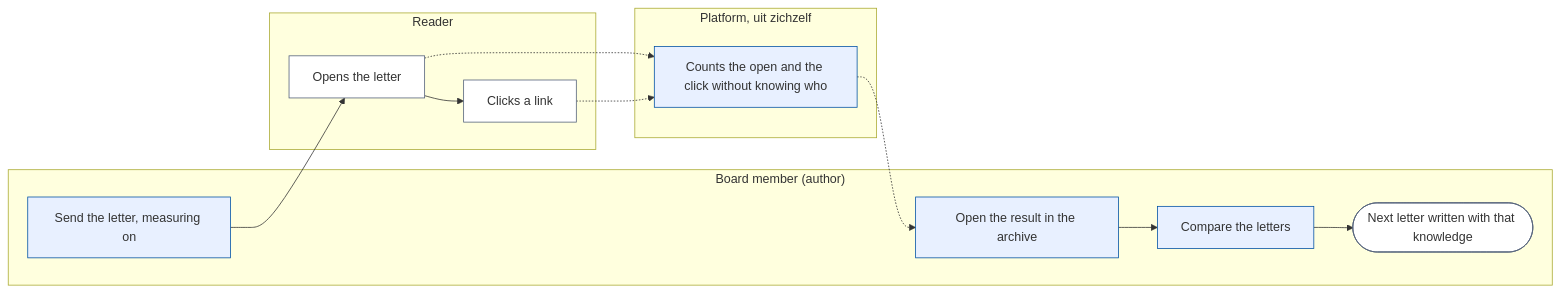
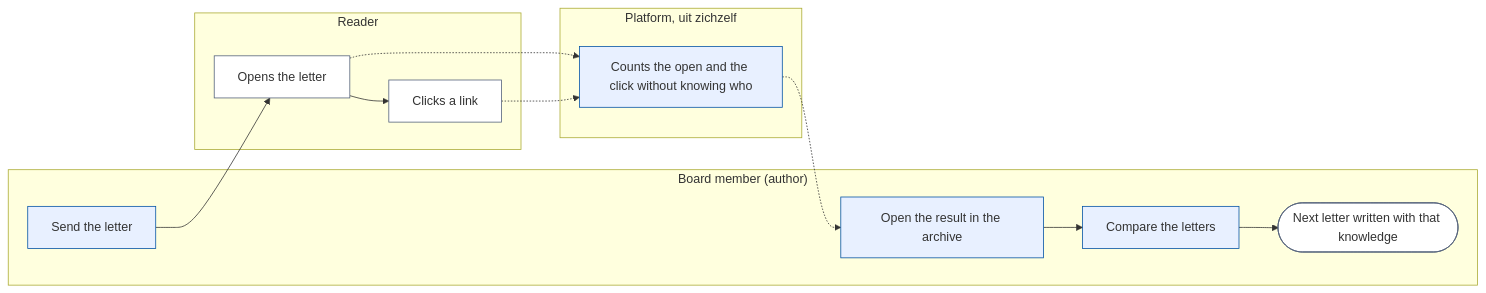
Before and after one commit to KoenRenders/KoenTest: the second of 2 diagrams in docs/change_request_37_newsletter_opens_and_clicks.md, drawn with Mermaid. The commit also changed other lines of this file, not shown here.

First line of the commit message:
docs(cr-37): every letter is counted, always — no switch; the privacy statement says what is and is not counted (Koen)

````diff
--- a/docs/change_request_37_newsletter_opens_and_clicks.md
+++ b/docs/change_request_37_newsletter_opens_and_clicks.md
@@ -43,24 +43,24 @@
 ```mermaid
 flowchart LR
   subgraph author["Board member (author)"]
-    b1[Send the letter, measuring on]:::tool
+    b1[Send the letter]:::tool
     b2[Open the result in the archive]:::tool
     b3[Compare the letters]:::tool
     s([Next letter written with that knowledge]):::done
   end
   subgraph reader["Reader"]
     r1[Opens the letter]:::hand
     r2[Clicks a link]:::hand
   end
   subgraph plat["Platform, uit zichzelf"]
     p1[Counts the open and the click without knowing who]:::tool
   end
   b1 --> r1 --> r2
   r1 -.-> p1
   r2 -.-> p1
   p1 -.-> b2
   b2 --> b3 --> s
   classDef hand fill:#ffffff,stroke:#52607a
   classDef tool fill:#e8f0ff,stroke:#0051a4
   classDef done fill:#ffffff,stroke:#52607a
 ```
````
